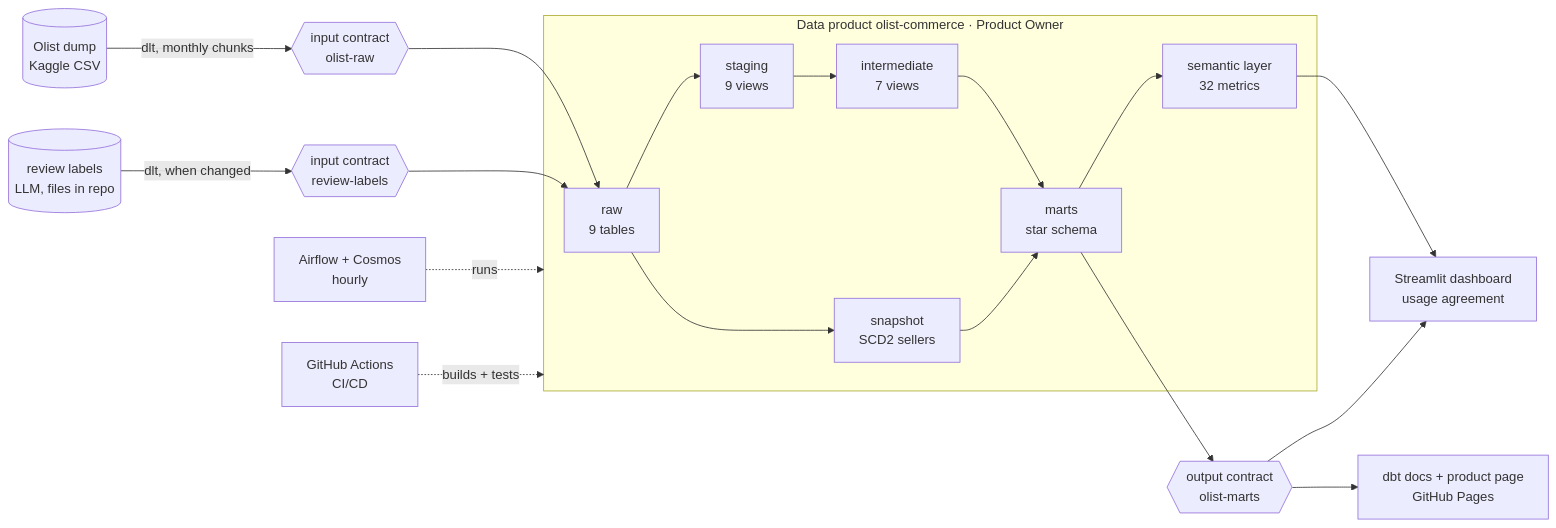
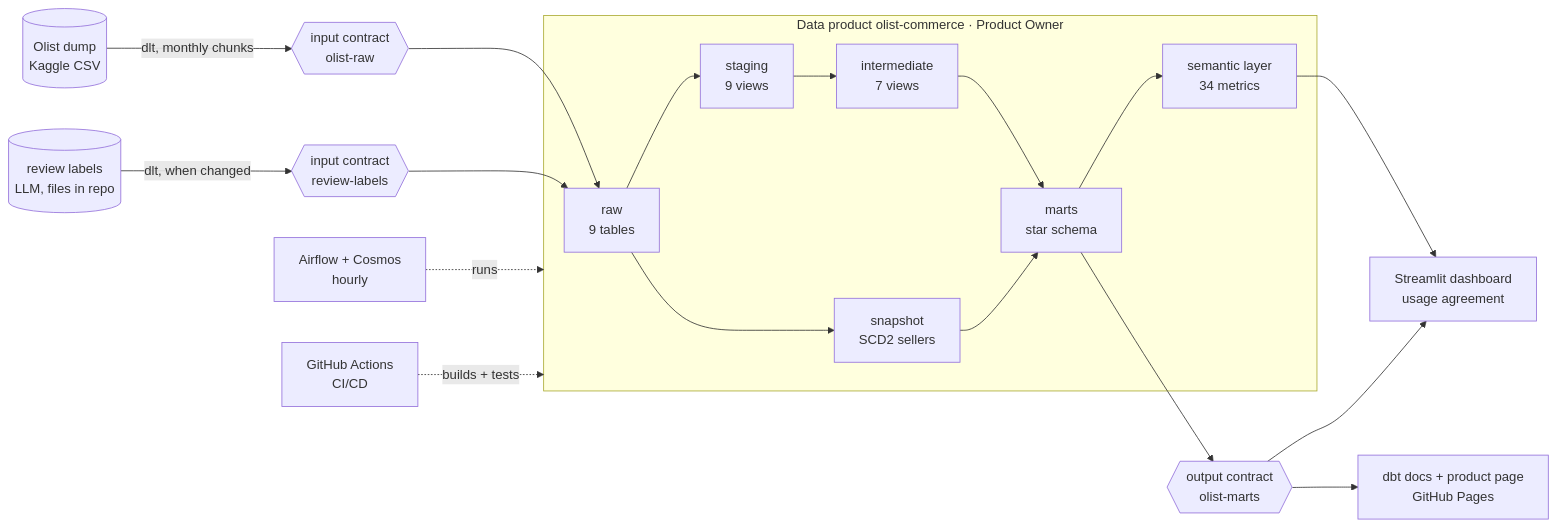
One commit to ShuCiG/olist-analytics-dbt changed the first of 6 diagrams in README.md. Above: the diagram before and after it, drawn with Mermaid. The commit also changed other lines of this file and 13 other files, not shown here.

First line of the commit message:
feat: seller, product category and payment type in the semantic layer (D113)

````diff
--- a/README.md
+++ b/README.md
@@ -93,21 +93,21 @@
 ```mermaid
 flowchart LR
     kaggle[(Olist dump<br/>Kaggle CSV)] -->|dlt, monthly chunks| ic{{input contract<br/>olist-raw}}
     ic --> raw
     labels[(review labels<br/>LLM, files in repo)] -->|dlt, when changed| lc{{input contract<br/>review-labels}}
     lc --> raw
 
     subgraph product[Data product olist-commerce · Product Owner]
         raw[raw<br/>9 tables] --> staging[staging<br/>9 views] --> intermediate[intermediate<br/>7 views] --> marts[marts<br/>star schema]
-        marts --> metrics[semantic layer<br/>32 metrics]
+        marts --> metrics[semantic layer<br/>34 metrics]
         raw --> snap[snapshot<br/>SCD2 sellers] --> marts
     end
 
     marts --> oc{{output contract<br/>olist-marts}}
     oc --> dash[Streamlit dashboard<br/>usage agreement]
     metrics --> dash
     oc --> docs[dbt docs + product page<br/>GitHub Pages]
 
     airflow[Airflow + Cosmos<br/>hourly] -. runs .-> product
     ci[GitHub Actions<br/>CI/CD] -. builds + tests .-> product
 ```
````
